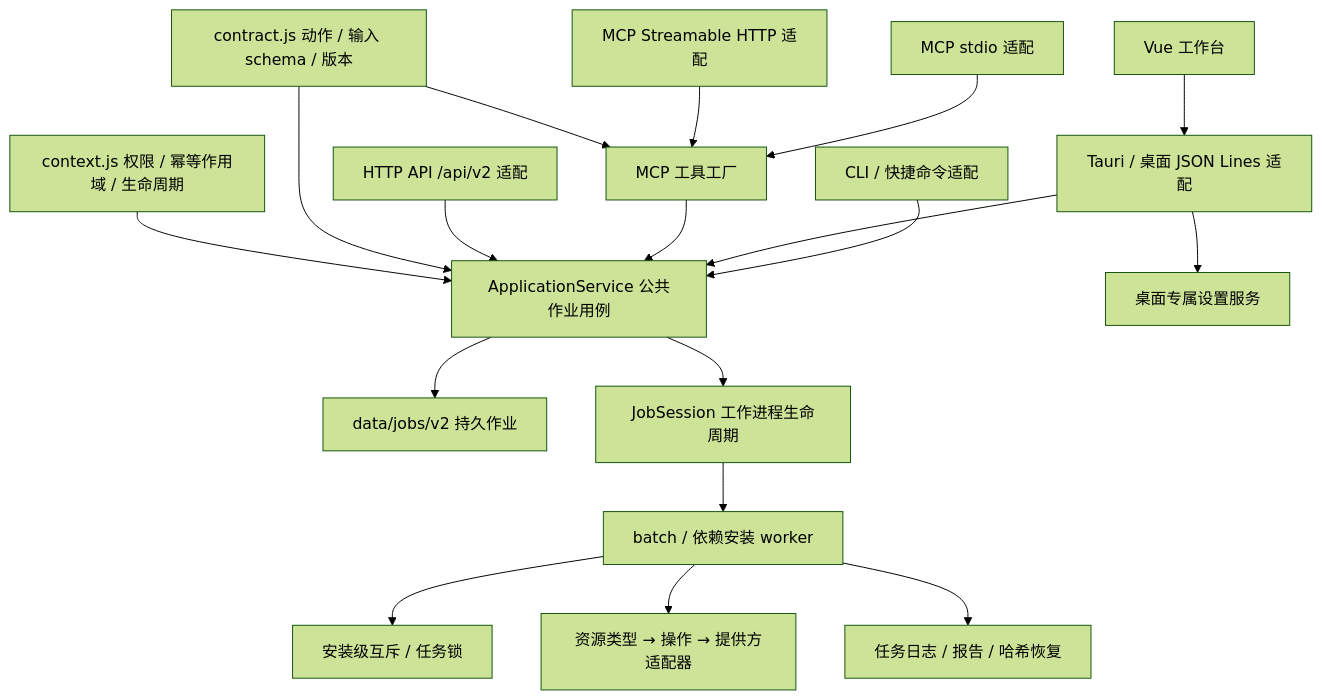
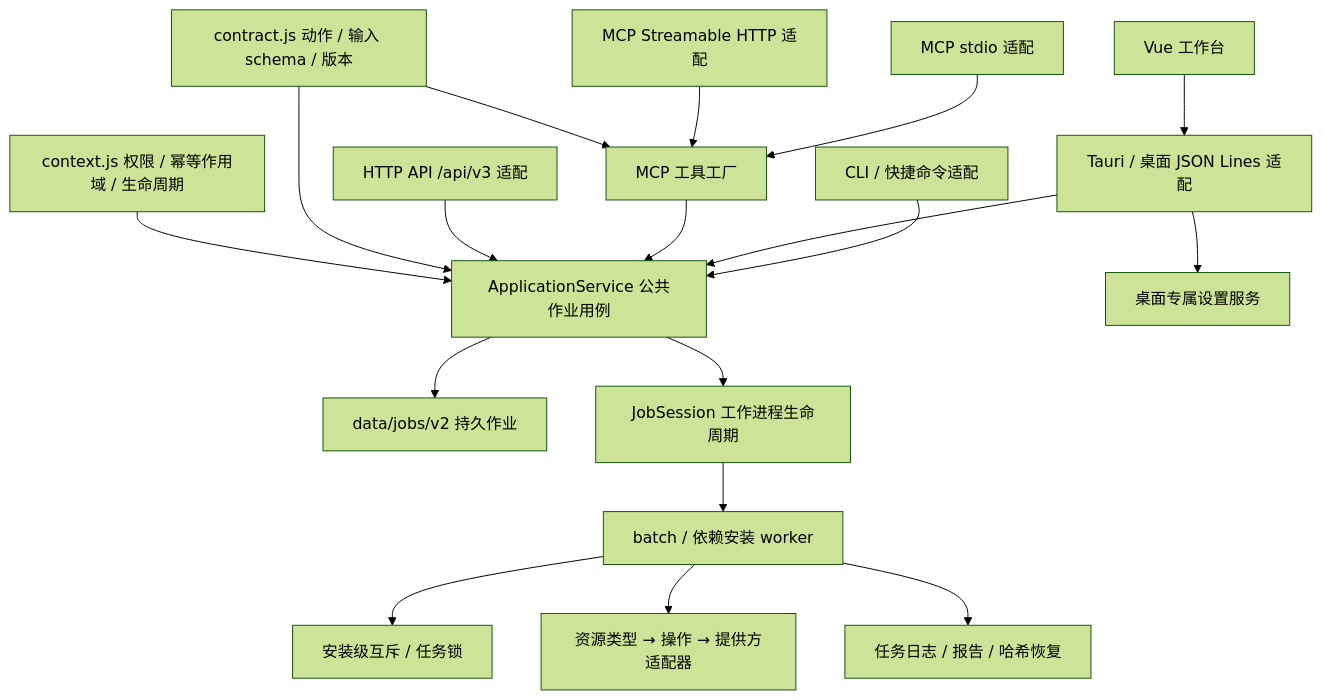
The diagram in docs/architecture/application.md (ISQIShI/AssetToolbox), drawn with Mermaid (forest theme) before and after one commit. The commit also changed other lines of this file and 59 other files, not shown here.

````diff
--- a/docs/architecture/application.md
+++ b/docs/architecture/application.md
@@ -7,20 +7,20 @@
 ```mermaid
 flowchart TD
     UI[Vue 工作台] --> Native[Tauri / 桌面 JSON Lines 适配]
     CLI[CLI / 快捷命令适配] --> App[ApplicationService 公共作业用例]
     Native --> App
     Stdio[MCP stdio 适配] --> Tools[MCP 工具工厂]
     Stream[MCP Streamable HTTP 适配] --> Tools
     Tools --> App
-    HTTP[HTTP API /api/v2 适配] --> App
+    HTTP[HTTP API /api/v3 适配] --> App
     Contract[contract.js 动作 / 输入 schema / 版本] --> App
     Contract --> Tools
     Context[context.js 权限 / 幂等作用域 / 生命周期] --> App
     App --> Store[data/jobs/v2 持久作业]
     App --> Session[JobSession 工作进程生命周期]
     Session --> Worker[batch / 依赖安装 worker]
     Worker --> Lock[安装级互斥 / 任务锁]
     Worker --> Engine[资源类型 → 操作 → 提供方适配器]
     Worker --> Recovery[任务日志 / 报告 / 哈希恢复]
     Native --> Settings[桌面专属设置服务]
 ```
````
